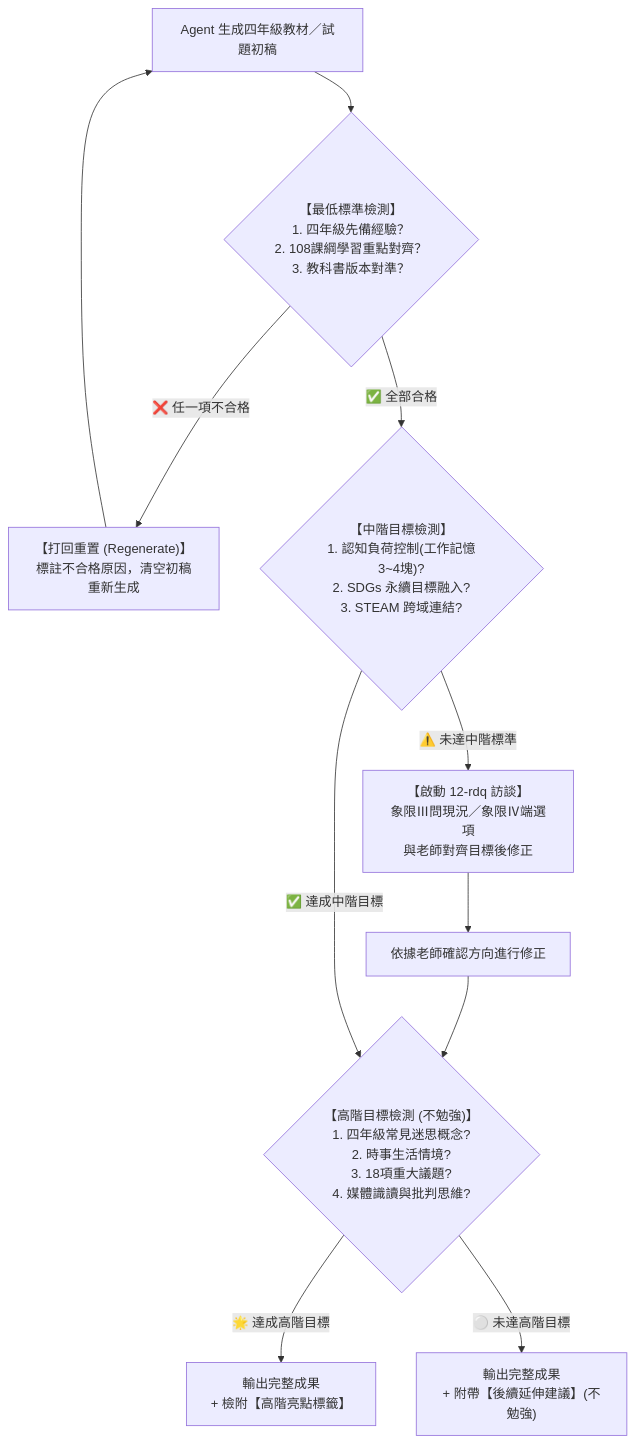
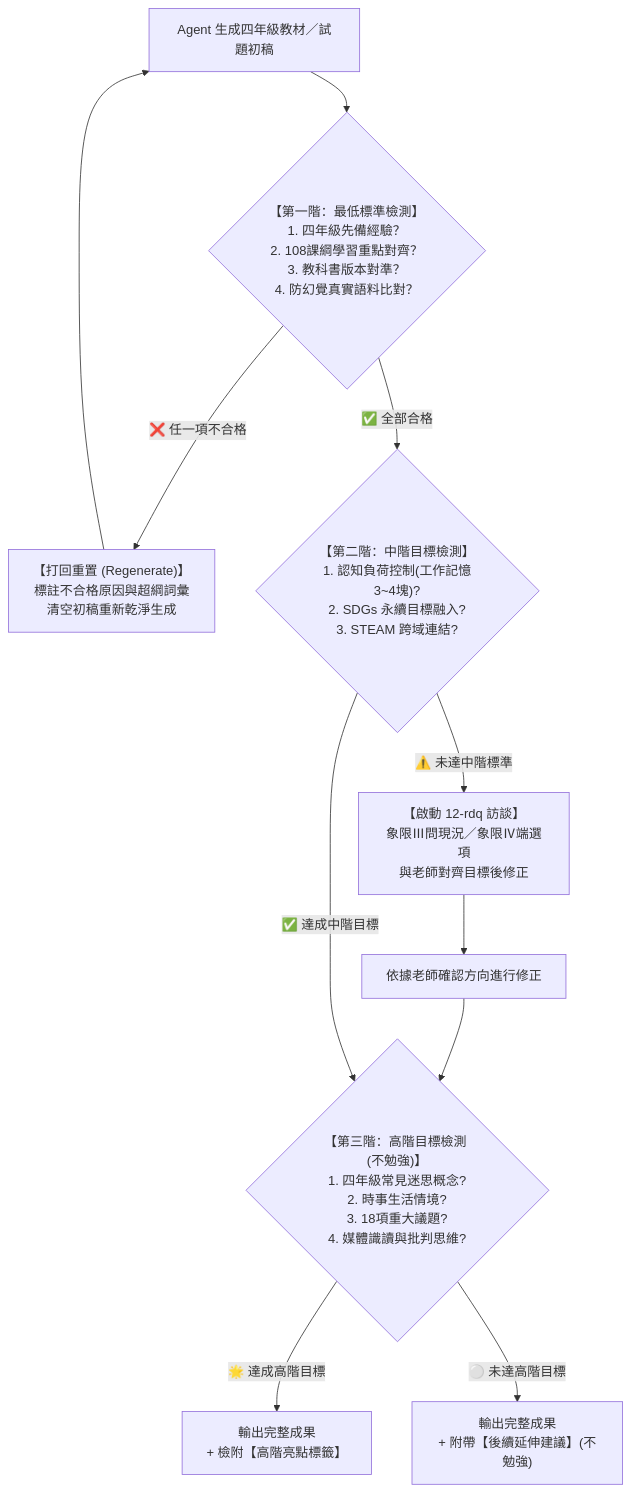
One commit to asc103138/antui changed the diagram in skills_docs/17-g4-curriculum-review.md. Above: the diagram before and after it, drawn with Mermaid. The commit also changed other lines of this file and 2 other files, not shown here.

````diff
--- a/skills_docs/17-g4-curriculum-review.md
+++ b/skills_docs/17-g4-curriculum-review.md
@@ -28,18 +36,18 @@
 ```mermaid
 flowchart TD
-    Start["Agent 生成四年級教材／試題初稿"] --> Gate1{"【最低標準檢測】<br>1. 四年級先備經驗？<br>2. 108課綱學習重點對齊？<br>3. 教科書版本對準？"}
+    Start["Agent 生成四年級教材／試題初稿"] --> Gate1{"【第一階：最低標準檢測】<br>1. 四年級先備經驗？<br>2. 108課綱學習重點對齊？<br>3. 教科書版本對準？<br>4. 防幻覺真實語料比對？"}
     
-    Gate1 -- "❌ 任一項不合格" --> Reject["【打回重置 (Regenerate)】<br>標註不合格原因，清空初稿重新生成"]
+    Gate1 -- "❌ 任一項不合格" --> Reject["【打回重置 (Regenerate)】<br>標註不合格原因與超綱詞彙<br>清空初稿重新乾淨生成"]
     Reject --> Start
     
-    Gate1 -- "✅ 全部合格" --> Gate2{"【中階目標檢測】<br>1. 認知負荷控制(工作記憶3~4塊)?<br>2. SDGs 永續目標融入?<br>3. STEAM 跨域連結?"}
+    Gate1 -- "✅ 全部合格" --> Gate2{"【第二階：中階目標檢測】<br>1. 認知負荷控制(工作記憶3~4塊)?<br>2. SDGs 永續目標融入?<br>3. STEAM 跨域連結?"}
     
     Gate2 -- "⚠️ 未達中階標準" --> RDQ["【啟動 12-rdq 訪談】<br>象限Ⅲ問現況／象限Ⅳ端選項<br>與老師對齊目標後修正"]
     RDQ --> Revise["依據老師確認方向進行修正"]
     Revise --> Gate3
     
-    Gate2 -- "✅ 達成中階目標" --> Gate3{"【高階目標檢測 (不勉強)】<br>1. 四年級常見迷思概念?<br>2. 時事生活情境?<br>3. 18項重大議題?<br>4. 媒體識讀與批判思維?"}
+    Gate2 -- "✅ 達成中階目標" --> Gate3{"【第三階：高階目標檢測 (不勉強)】<br>1. 四年級常見迷思概念?<br>2. 時事生活情境?<br>3. 18項重大議題?<br>4. 媒體識讀與批判思維?"}
     
     Gate3 -- "🌟 達成高階目標" --> FinalPass["輸出完整成果<br>+ 檢附【高階亮點標籤】"]
     Gate3 -- "⚪ 未達高階目標" --> Pass["輸出完整成果<br>+ 附帶【後續延伸建議】(不勉強)"]
 ```
````
